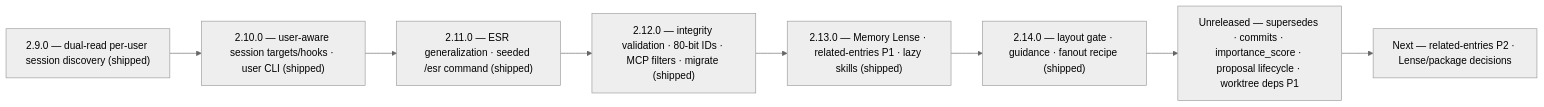
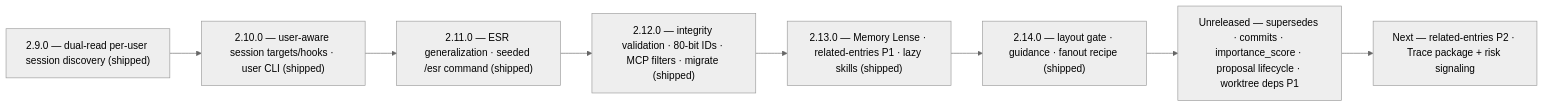
Before and after one commit to jnl-tshi/memory-seed: the eighth of 8 diagrams in docs/functionality-audit.md, drawn with Mermaid (neutral theme). The commit also changed other lines of this file and 28 other files, not shown here.

First line of the commit message:
Risk-signaling skill, proposal lifecycle promotions, market research docs

````diff
--- a/docs/functionality-audit.md
+++ b/docs/functionality-audit.md
@@ -425,12 +434,12 @@
 ```mermaid
 graph LR
   V29["2.9.0 — dual-read per-user session discovery (shipped)"]
   V210["2.10.0 — user-aware session targets/hooks · user CLI (shipped)"]
   V211["2.11.0 — ESR generalization · seeded /esr command (shipped)"]
   V212["2.12.0 — integrity validation · 80-bit IDs · MCP filters · migrate (shipped)"]
   V213["2.13.0 — Memory Lense · related-entries P1 · lazy skills (shipped)"]
   V214["2.14.0 — layout gate · guidance · fanout recipe (shipped)"]
   VNext["Unreleased — supersedes · commits · importance_score · proposal lifecycle · worktree deps P1"]
-  V30["Next — related-entries P2 · Lense/package decisions"]
+  V30["Next — related-entries P2 · Trace package + risk signaling"]
   V29 --> V210 --> V211 --> V212 --> V213 --> V214 --> VNext --> V30
 ```
````
